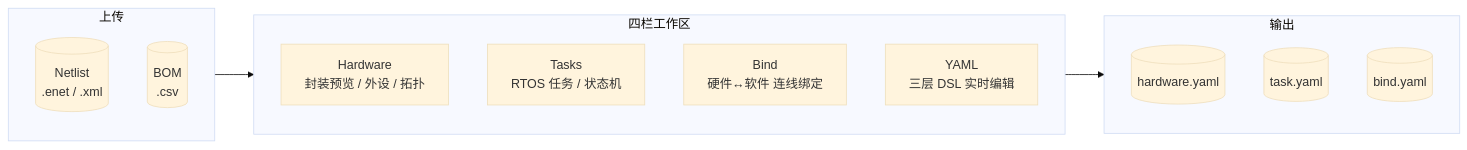
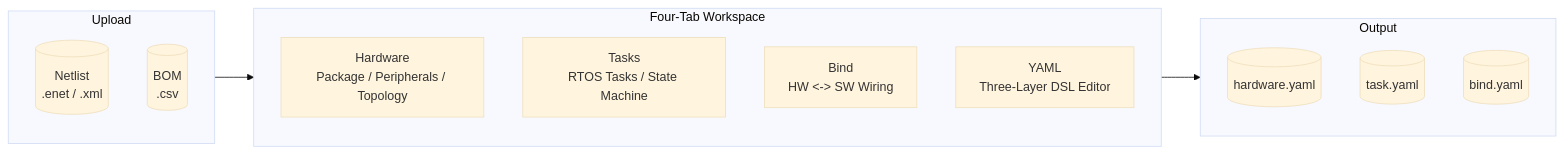
Before and after one commit to jinliangliu/hw2c-web: the first of 2 diagrams in README.md, drawn with Mermaid (base theme). The commit also changed other lines of this file, not shown here.

````diff
--- a/README.md
+++ b/README.md
@@ -13,22 +13,22 @@
 ```mermaid
 flowchart LR
-    subgraph Input["上传"]
+    subgraph Input["Upload"]
         A1[("Netlist<br>.enet / .xml")]
         A2[("BOM<br>.csv")]
     end
 
-    subgraph Tabs["四栏工作区"]
-        B1["Hardware<br>封装预览 / 外设 / 拓扑"]
-        B2["Tasks<br>RTOS 任务 / 状态机"]
-        B3["Bind<br>硬件↔软件 连线绑定"]
-        B4["YAML<br>三层 DSL 实时编辑"]
+    subgraph Tabs["Four-Tab Workspace"]
+        B1["Hardware<br>Package / Peripherals / Topology"]
+        B2["Tasks<br>RTOS Tasks / State Machine"]
+        B3["Bind<br>HW <-> SW Wiring"]
+        B4["YAML<br>Three-Layer DSL Editor"]
     end
 
-    subgraph Output["输出"]
+    subgraph Output["Output"]
         C1[("hardware.yaml")]
         C2[("task.yaml")]
         C3[("bind.yaml")]
     end
 
     Input --> Tabs --> Output
 ```
````
